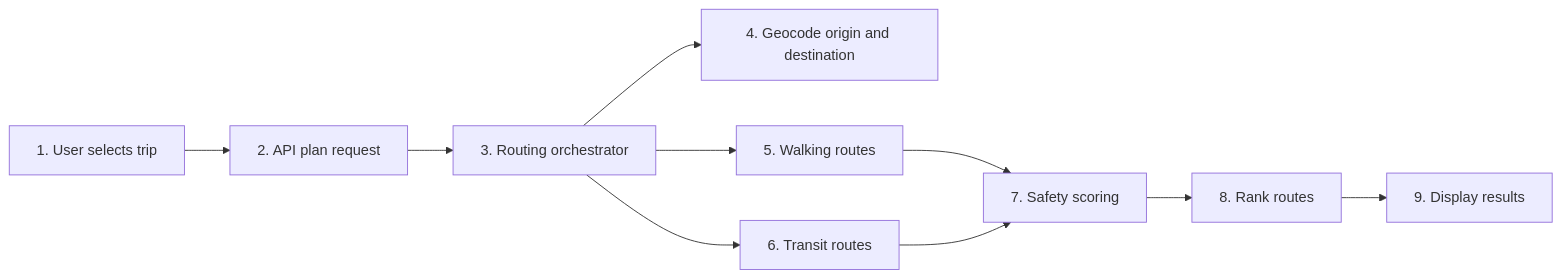
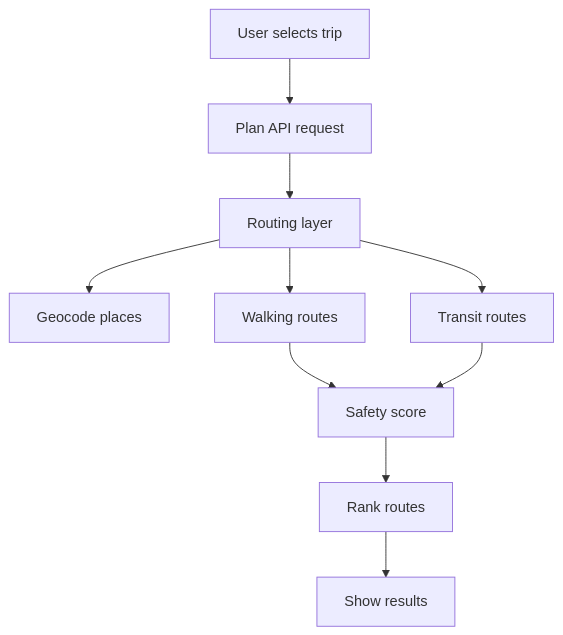
One commit to VaishnavBourampeta09/EMP-HackFest changed the first of 4 diagrams in README.md. Above: the diagram before and after it, drawn with Mermaid. The commit also changed other lines of this file and 4 other files, not shown here.

````diff
--- a/README.md
+++ b/README.md
@@ -37,12 +37,12 @@
 ```mermaid
-flowchart LR
-    A[1. User selects trip] --> B[2. API plan request]
-    B --> C[3. Routing orchestrator]
-    C --> D[4. Geocode origin and destination]
-    C --> E[5. Walking routes]
-    C --> F[6. Transit routes]
-    E --> G[7. Safety scoring]
+flowchart TD
+    A[User selects trip] --> B[Plan API request]
+    B --> C[Routing layer]
+    C --> D[Geocode places]
+    C --> E[Walking routes]
+    C --> F[Transit routes]
+    E --> G[Safety score]
     F --> G
-    G --> H[8. Rank routes]
-    H --> I[9. Display results]
+    G --> H[Rank routes]
+    H --> I[Show results]
 ```
````
